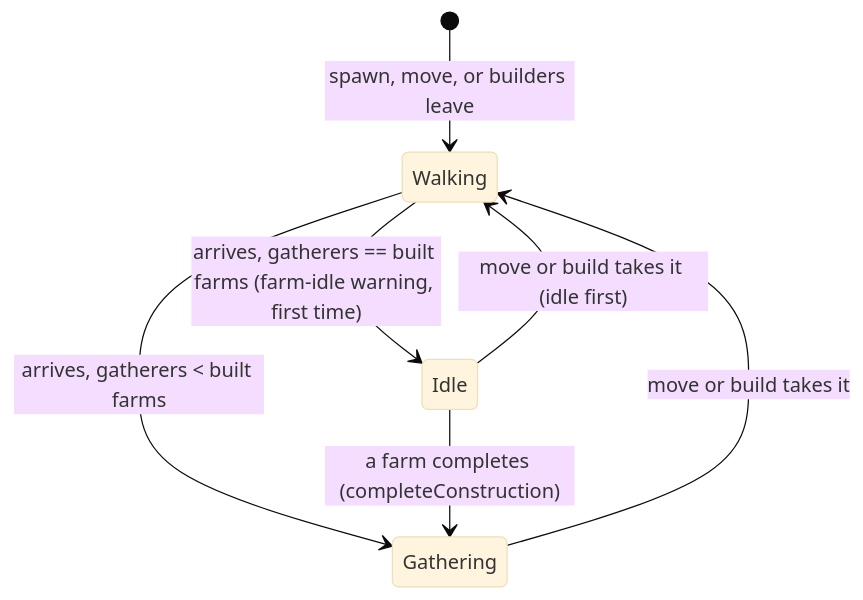
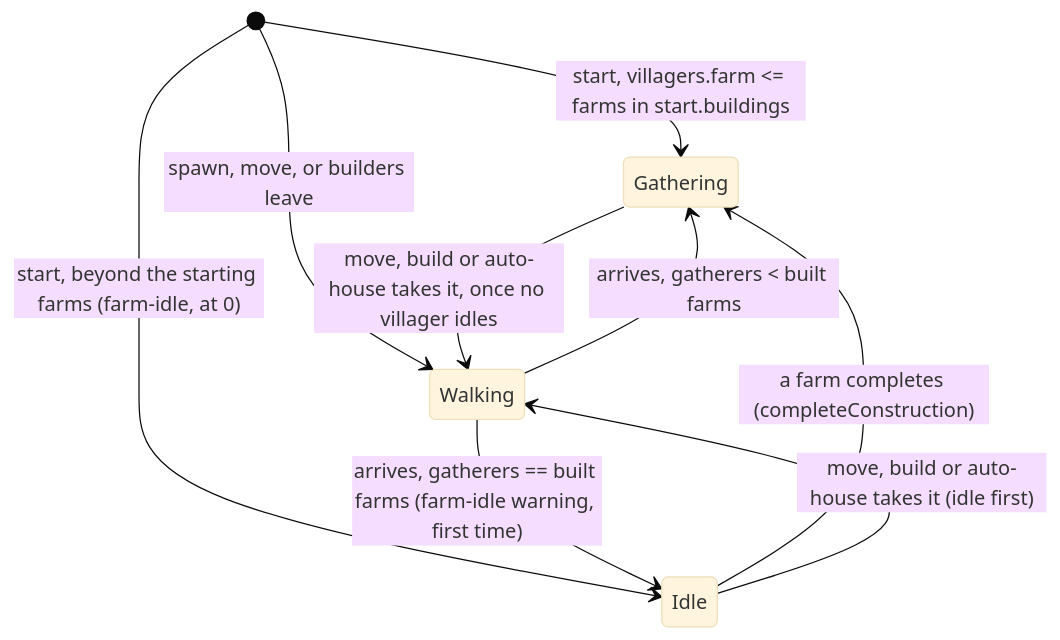
One commit to NicholasKChoi/WOTR_Combat_Simulator changed the diagram in projects/strategy-game-sim/tickets/SGS-080-aoe4-one-villager-per-farm.md. Above: the diagram before and after it, drawn with Mermaid (base theme). The commit also changed other lines of this file and 17 other files, not shown here.

````diff
--- a/projects/strategy-game-sim/tickets/SGS-080-aoe4-one-villager-per-farm.md
+++ b/projects/strategy-game-sim/tickets/SGS-080-aoe4-one-villager-per-farm.md
@@ -109,9 +124,11 @@
 ```mermaid
 stateDiagram-v2
+    [*] --> Gathering: start, villagers.farm <= farms in start.buildings
+    [*] --> Idle: start, beyond the starting farms (farm-idle, at 0)
     [*] --> Walking: spawn, move, or builders leave
     Walking --> Gathering: arrives, gatherers < built farms
     Walking --> Idle: arrives, gatherers == built farms (farm-idle warning, first time)
     Idle --> Gathering: a farm completes (completeConstruction)
-    Idle --> Walking: move or build takes it (idle first)
-    Gathering --> Walking: move or build takes it
+    Idle --> Walking: move, build or auto-house takes it (idle first)
+    Gathering --> Walking: move, build or auto-house takes it, once no villager idles
 ```
````
